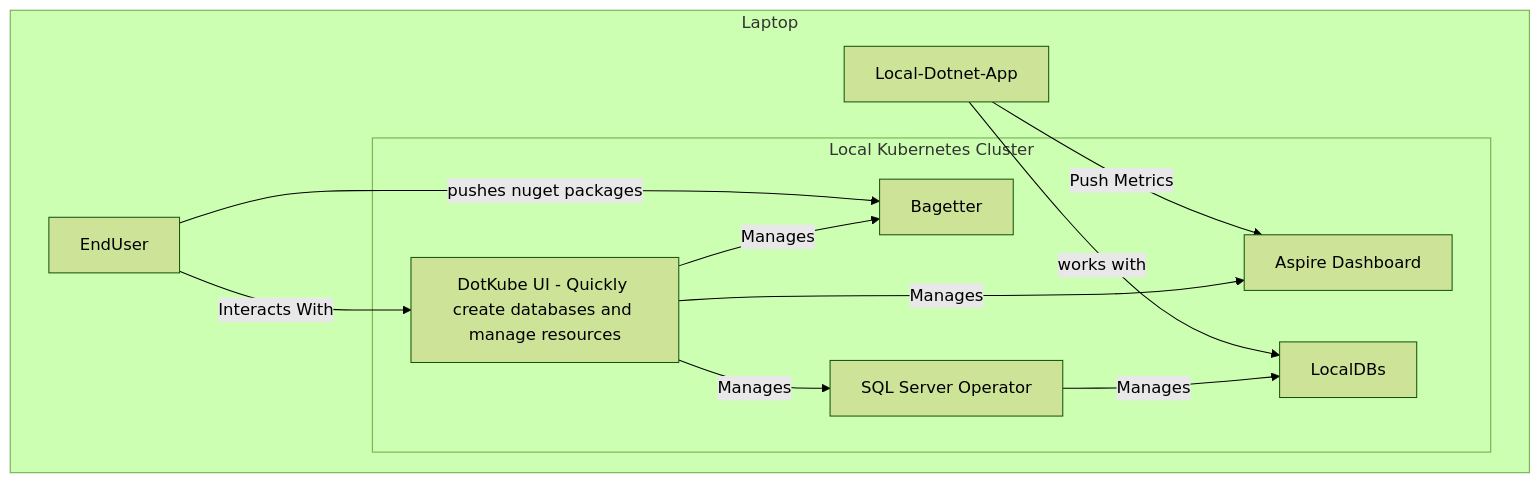
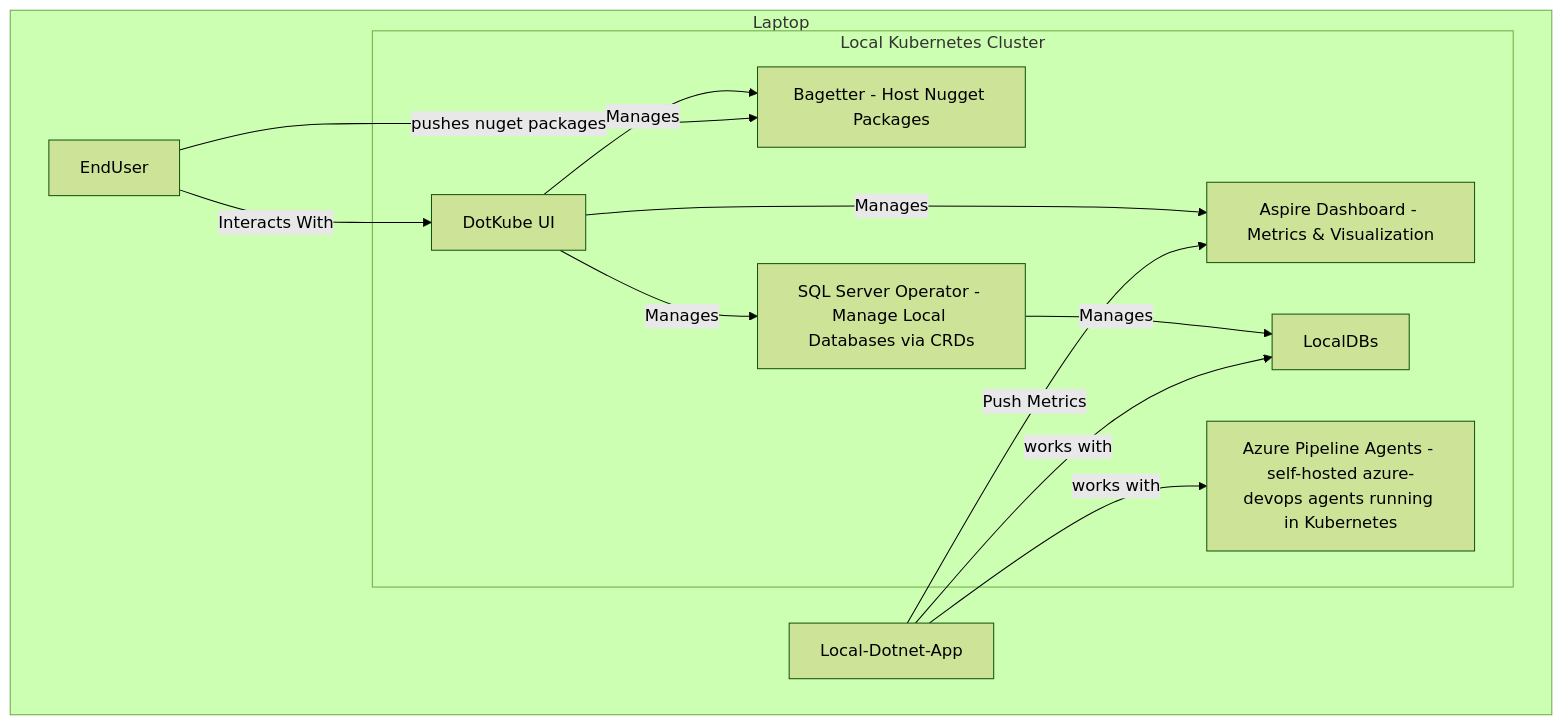
Before and after one commit to DotKube/.github: the diagram in profile/README.md, drawn with Mermaid (forest theme).

Commit message:
add new items to mermaid chart

````diff
--- a/profile/README.md
+++ b/profile/README.md
@@ -124,22 +124,24 @@
 ```mermaid
 graph TD
     subgraph Laptop ["Laptop"]
         subgraph Cluster ["Local Kubernetes Cluster"]
-            AspireDashboard["Aspire Dashboard"]
-            BagetterApp["Bagetter"]
-            SQLServerOperator["SQL Server Operator"]
+            AspireDashboard["Aspire Dashboard - Metrics & Visualization"]
+            BagetterApp["Bagetter - Host Nugget Packages"]
+            SQLServerOperator["SQL Server Operator - Manage Local Databases via CRDs"]
+            PipelineAgents["Azure Pipeline Agents - self-hosted azure-devops agents running in Kubernetes"]
             LocalDBs
-            DotKubeUI["DotKube UI - Quickly create databases and manage resources"]
+            DotKubeUI["DotKube UI"]
         end
 
         Local-Dotnet-App -- "Push Metrics" --> AspireDashboard
         EndUser -- "pushes nuget packages" --> BagetterApp
         Local-Dotnet-App -- "works with" --> LocalDBs
+        Local-Dotnet-App -- "works with" --> PipelineAgents
         EndUser -- "Interacts With" --> DotKubeUI -- "Manages" --> SQLServerOperator
     end
 
     SQLServerOperator -- "Manages" --> LocalDBs
     DotKubeUI -- "Manages" --> BagetterApp
     DotKubeUI -- "Manages" --> AspireDashboard
 
 ```
````
